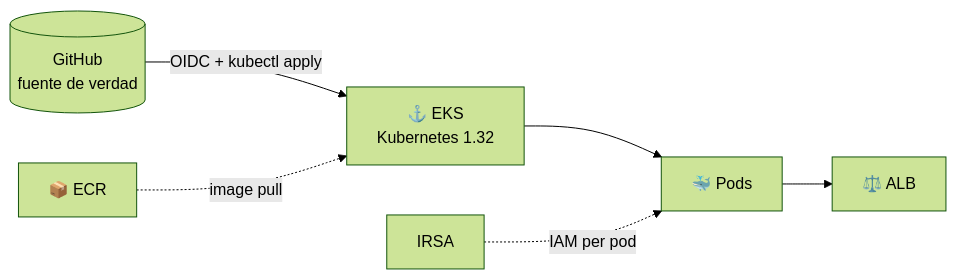
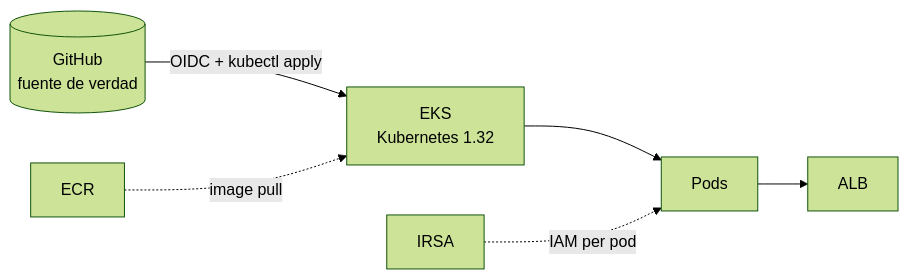
Diagram 12 of 12 in README.md (vladimiracunadev-create/proyectos-aws), drawn with Mermaid (forest theme) before and after one commit. The commit also changed other lines of this file and 13 other files, not shown here.

First line of the commit message:
fix: corregir diagramas Mermaid + crear AWS_PASO_A_PASO para casos 01 y 02

````diff
--- a/README.md
+++ b/README.md
@@ -289,7 +297,8 @@
 ```mermaid
 flowchart LR
-    GH[(GitHub\nfuente de verdad)] -->|OIDC + kubectl apply| EKS[⚓ EKS\nKubernetes 1.32]
-    EKS --> POD[🐳 Pods] --> ALB[⚖️ ALB]
-    ECR[📦 ECR] -.->|image pull| EKS
+    GH[(GitHub\nfuente de verdad)] -->|OIDC + kubectl apply| EKS[EKS\nKubernetes 1.32]
+    EKS --> POD[Pods]
+    POD --> ALB[ALB]
+    ECR[ECR] -.->|image pull| EKS
     IRSA[IRSA] -.->|IAM per pod| POD
 ```
````
